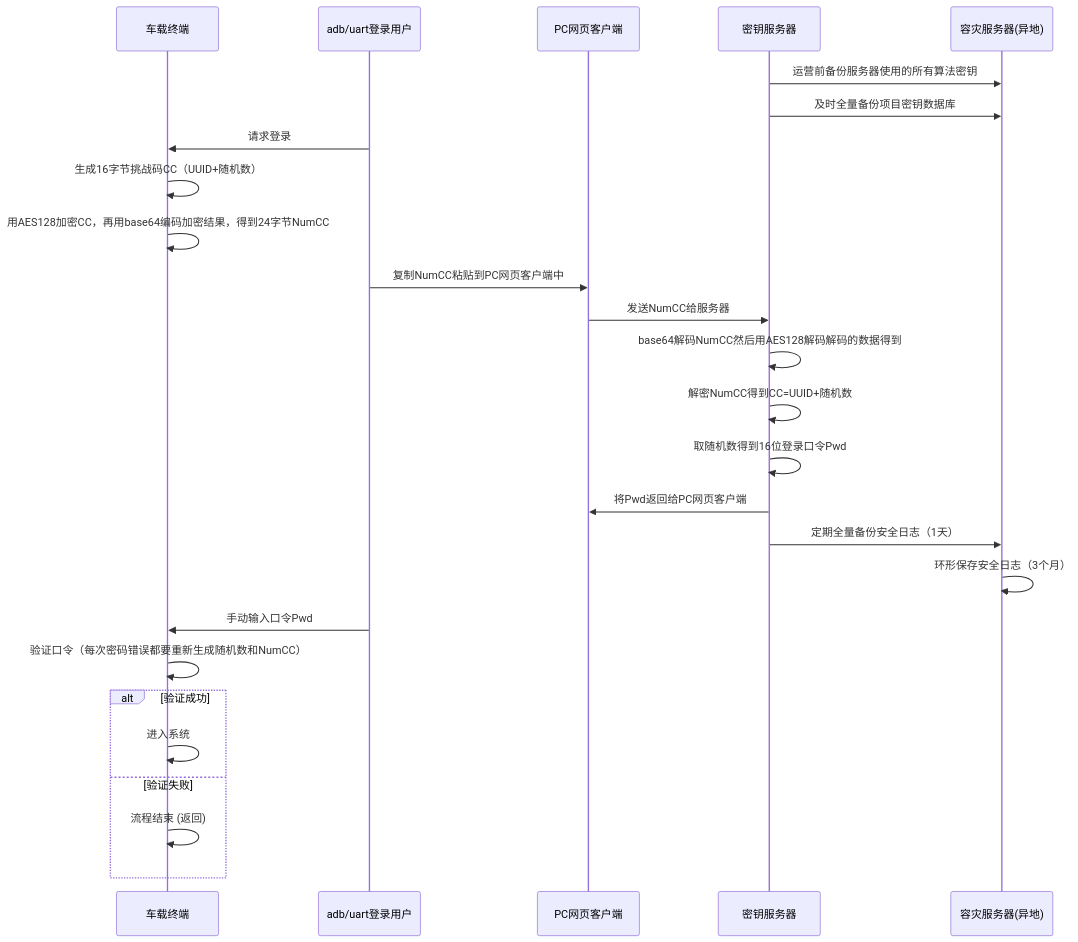
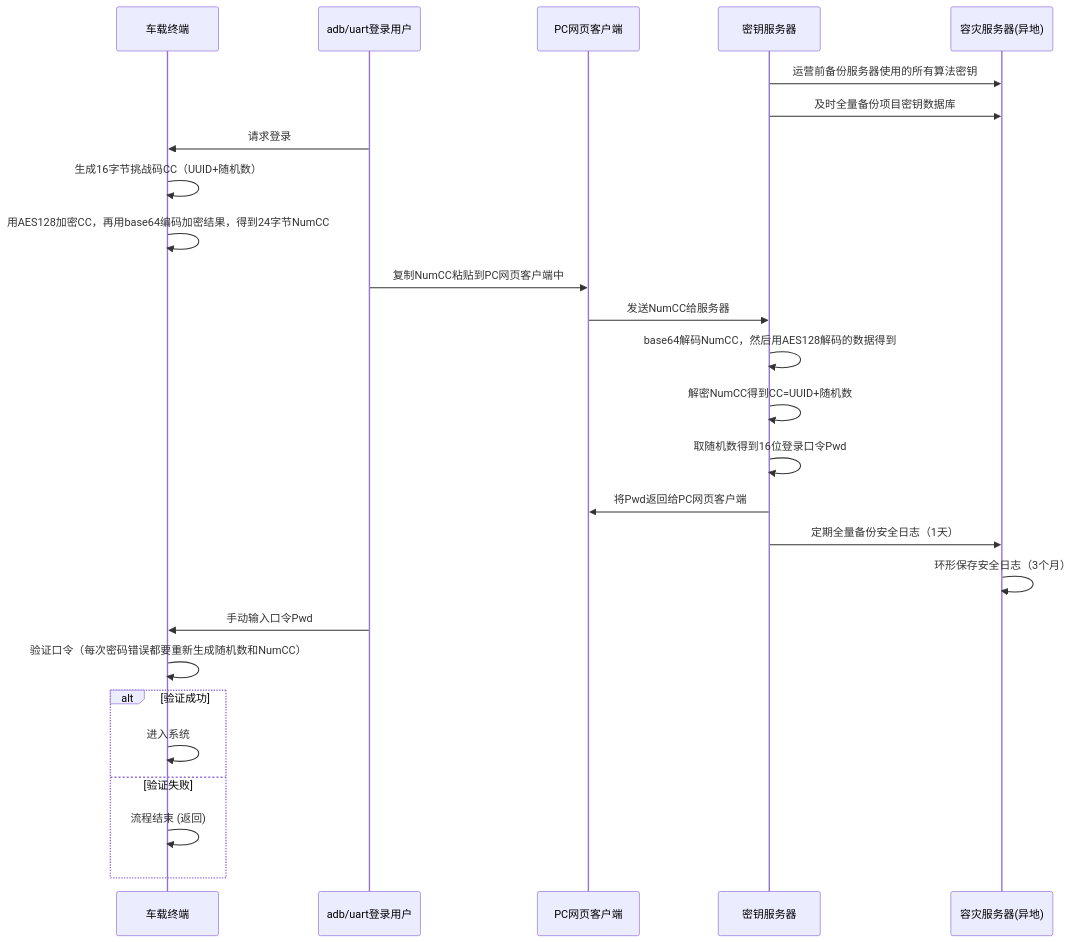
One commit to facebook-cloud/iodraw-files changed the diagram in all/未命名-19.md. Above: the diagram before and after it, drawn with Mermaid.

Commit message:
2026-03-19 16:47:52 update

````diff
--- a/all/未命名-19.md
+++ b/all/未命名-19.md
@@ -1,33 +1,33 @@
 ```mermaid
 sequenceDiagram
     participant tbox as 车载终端
     participant user as adb/uart登录用户
     participant pc as PC网页客户端
     participant tech_center as 密钥服务器
     participant backup as 容灾服务器(异地)
   
     tech_center->>backup: 运营前备份服务器使用的所有算法密钥
     tech_center->>backup: 及时全量备份项目密钥数据库
 
     user->>tbox: 请求登录
     tbox->>tbox: 生成16字节挑战码CC（UUID+随机数）
     tbox->>tbox: 用AES128加密CC，再用base64编码加密结果，得到24字节NumCC
     user->>pc: 复制NumCC粘贴到PC网页客户端中
     pc->>tech_center: 发送NumCC给服务器
-    tech_center->>tech_center: base64解码NumCC然后用AES128解码解码的数据得到
+    tech_center->>tech_center: base64解码NumCC，然后用AES128解码的数据得到
     tech_center->>tech_center: 解密NumCC得到CC=UUID+随机数
     tech_center->>tech_center: 取随机数得到16位登录口令Pwd
     tech_center->>pc: 将Pwd返回给PC网页客户端
 
     tech_center->>backup: 定期全量备份安全日志（1天）
     backup->>backup: 环形保存安全日志（3个月）
     user->>tbox: 手动输入口令Pwd
     tbox->>tbox: 验证口令（每次密码错误都要重新生成随机数和NumCC）
     alt 验证成功
         tbox->>tbox: 进入系统
     else 验证失败
         tbox->>tbox: 流程结束 (返回)
     end
 
 
 ```
````
